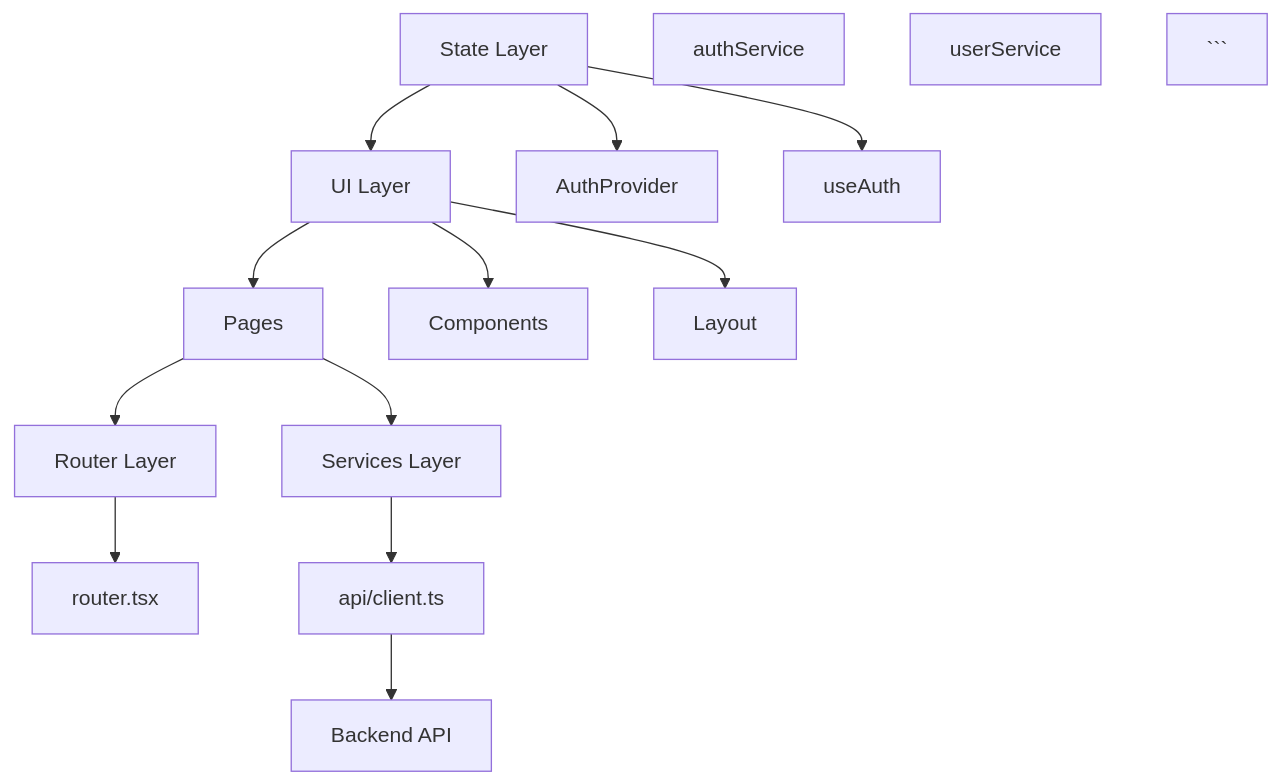
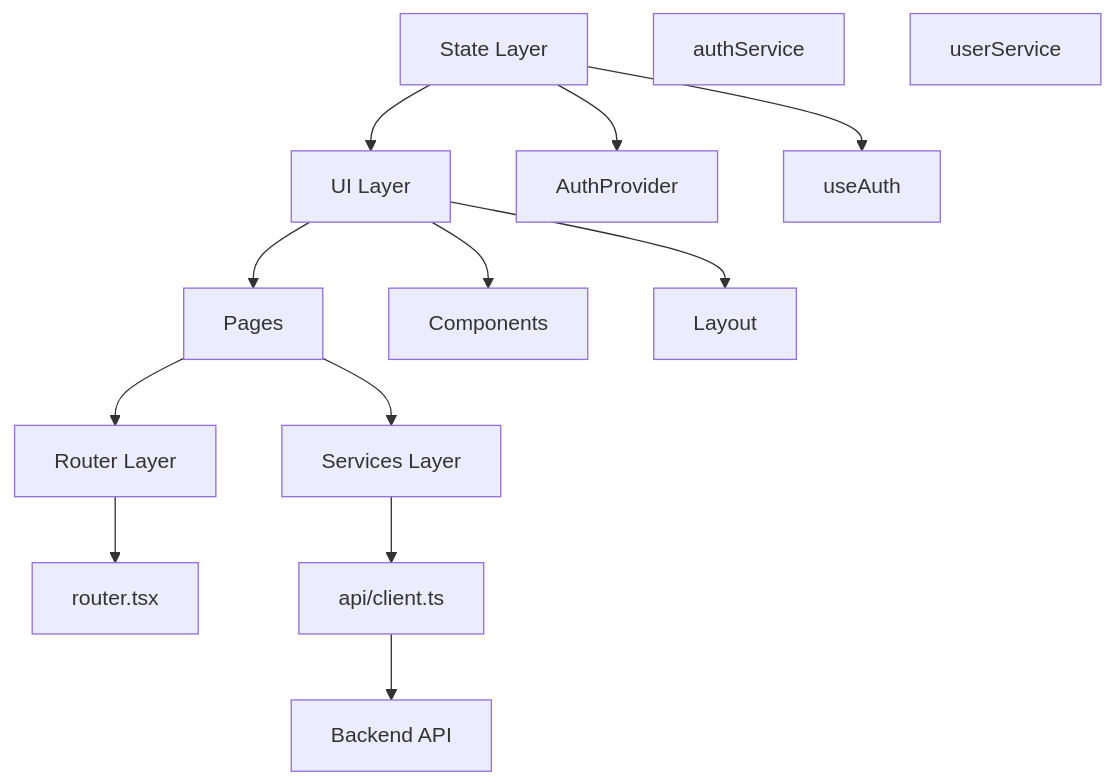
Before and after one commit to ckl67/SkoreFlow: the second of 2 diagrams in docs/frontend/architecture-mermaid.md, drawn with Mermaid. The commit also changed other lines of this file and 14 other files, not shown here.

`````diff
--- a/docs/frontend/architecture-mermaid.md
+++ b/docs/frontend/architecture-mermaid.md
@@ -62,45 +81,44 @@
-````mermaid
+```mermaid
 graph TD
 
 %% UI LAYER
 UI["UI Layer"]
 PAGES["Pages"]
 COMP["Components"]
 LAYOUT["Layout"]
 
 %% ROUTING
 ROUTER["Router Layer"]
 ROUTER_FILE["router.tsx"]
 
 %% STATE
 STATE["State Layer"]
 AUTH["AuthProvider"]
 USEAUTH["useAuth"]
 
 %% SERVICES
 SERVICES["Services Layer"]
 AUTH_SVC["authService"]
 USER_SVC["userService"]
 
 %% API
 API["api/client.ts"]
 BACKEND["Backend API"]
 
 %% FLOW
 UI --> PAGES
 UI --> COMP
 UI --> LAYOUT
 
 ROUTER --> ROUTER_FILE
 PAGES --> ROUTER
 
 STATE --> AUTH
 STATE --> USEAUTH
 
 PAGES --> SERVICES
 SERVICES --> API
 API --> BACKEND
 
 STATE --> UI
 ```
-````
`````
